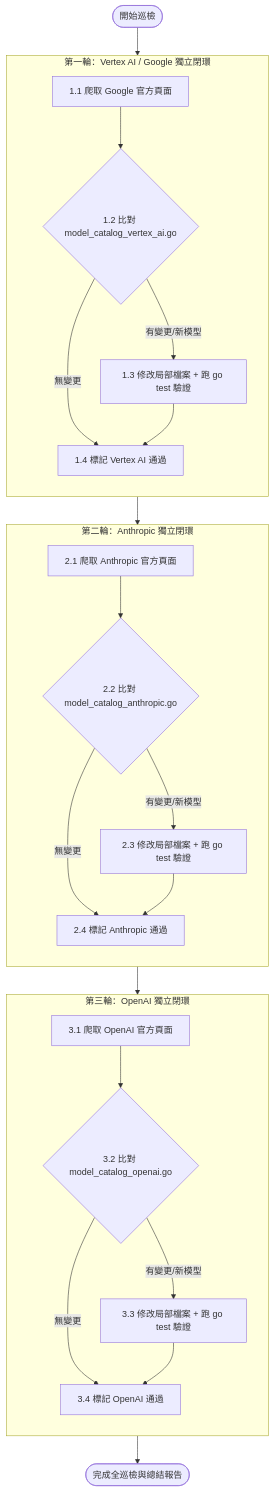
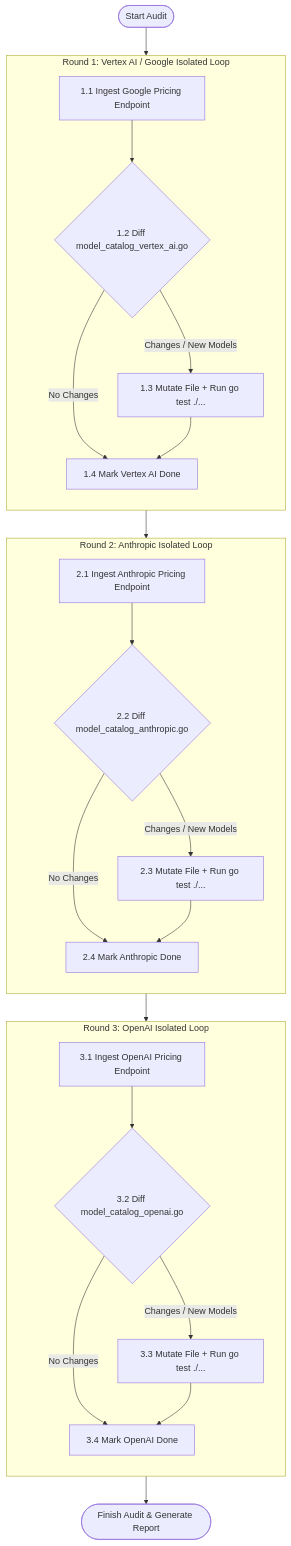
One commit to daniel-yang1739/Hemidall changed the diagram in .agents/skills/model-catalog-sync/SKILL.md. Above: the diagram before and after it, drawn with Mermaid. The commit also changed other lines of this file, not shown here.

Commit message:
docs(skills): translate model-catalog-sync skill specification to English

````diff
--- a/.agents/skills/model-catalog-sync/SKILL.md
+++ b/.agents/skills/model-catalog-sync/SKILL.md
@@ -71,31 +71,31 @@
 ```mermaid
 flowchart TD
-    subgraph R1 ["第一輪：Vertex AI / Google 獨立閉環"]
+    subgraph R1 ["Round 1: Vertex AI / Google Isolated Loop"]
         direction TB
-        A1["1.1 爬取 Google 官方頁面"] --> A2{"1.2 比對 model_catalog_vertex_ai.go"}
-        A2 -- "有變更/新模型" --> A3["1.3 修改局部檔案 + 跑 go test 驗證"]
-        A2 -- "無變更" --> A4["1.4 標記 Vertex AI 通過"]
+        A1["1.1 Ingest Google Pricing Endpoint"] --> A2{"1.2 Diff model_catalog_vertex_ai.go"}
+        A2 -- "Changes / New Models" --> A3["1.3 Mutate File + Run go test ./..."]
+        A2 -- "No Changes" --> A4["1.4 Mark Vertex AI Done"]
         A3 --> A4
     end
 
-    subgraph R2 ["第二輪：Anthropic 獨立閉環"]
+    subgraph R2 ["Round 2: Anthropic Isolated Loop"]
         direction TB
-        B1["2.1 爬取 Anthropic 官方頁面"] --> B2{"2.2 比對 model_catalog_anthropic.go"}
-        B2 -- "有變更/新模型" --> B3["2.3 修改局部檔案 + 跑 go test 驗證"]
-        B2 -- "無變更" --> B4["2.4 標記 Anthropic 通過"]
+        B1["2.1 Ingest Anthropic Pricing Endpoint"] --> B2{"2.2 Diff model_catalog_anthropic.go"}
+        B2 -- "Changes / New Models" --> B3["2.3 Mutate File + Run go test ./..."]
+        B2 -- "No Changes" --> B4["2.4 Mark Anthropic Done"]
         B3 --> B4
     end
 
-    subgraph R3 ["第三輪：OpenAI 獨立閉環"]
+    subgraph R3 ["Round 3: OpenAI Isolated Loop"]
         direction TB
-        C1["3.1 爬取 OpenAI 官方頁面"] --> C2{"3.2 比對 model_catalog_openai.go"}
-        C2 -- "有變更/新模型" --> C3["3.3 修改局部檔案 + 跑 go test 驗證"]
-        C2 -- "無變更" --> C4["3.4 標記 OpenAI 通過"]
+        C1["3.1 Ingest OpenAI Pricing Endpoint"] --> C2{"3.2 Diff model_catalog_openai.go"}
+        C2 -- "Changes / New Models" --> C3["3.3 Mutate File + Run go test ./..."]
+        C2 -- "No Changes" --> C4["3.4 Mark OpenAI Done"]
         C3 --> C4
     end
 
-    Start(["開始巡檢"]) --> R1
+    Start(["Start Audit"]) --> R1
     R1 --> R2
     R2 --> R3
-    R3 --> End(["完成全巡檢與總結報告"])
+    R3 --> End(["Finish Audit & Generate Report"])
 ```
````
